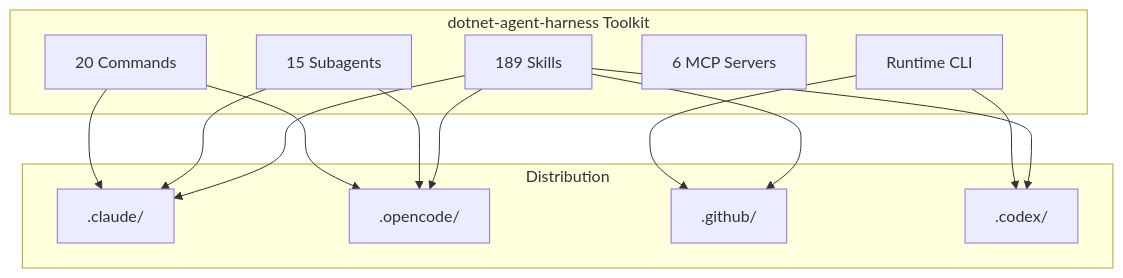
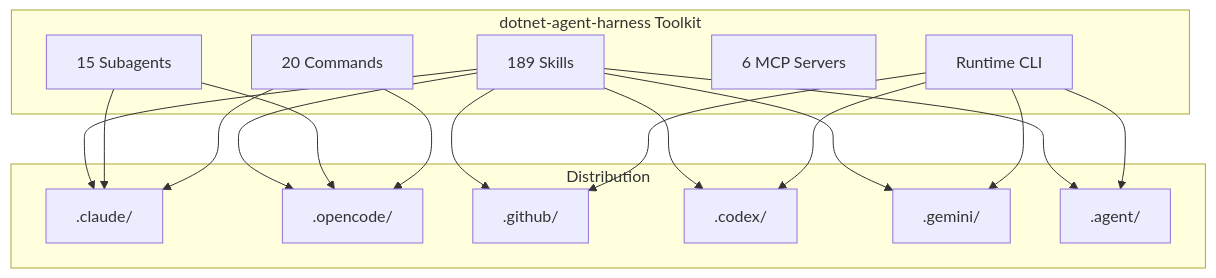
Before and after one commit to rudironsoni/dotnet-harness: the diagram in docs/index.md, drawn with Mermaid. The commit also changed other lines of this file and 34 other files, not shown here.

````diff
--- a/docs/index.md
+++ b/docs/index.md
@@ -99,28 +103,34 @@
 ```mermaid
 graph TB
     subgraph "dotnet-agent-harness Toolkit"
         SKILLS[189 Skills]
         SUBAGENTS[15 Subagents]
         COMMANDS[20 Commands]
         MCP[6 MCP Servers]
         RUNTIME[Runtime CLI]
     end
 
     subgraph "Distribution"
         CLAUDE[.claude/]
         OPENCODE[.opencode/]
         COPILOT[.github/]
         CODEX[.codex/]
+        GEMINI[.gemini/]
+        ANTIGRAVITY[.agent/]
     end
 
     SKILLS --> CLAUDE
     SKILLS --> OPENCODE
     SKILLS --> COPILOT
     SKILLS --> CODEX
+    SKILLS --> GEMINI
+    SKILLS --> ANTIGRAVITY
     SUBAGENTS --> CLAUDE
     SUBAGENTS --> OPENCODE
     COMMANDS --> CLAUDE
     COMMANDS --> OPENCODE
     RUNTIME --> CODEX
     RUNTIME --> COPILOT
+    RUNTIME --> GEMINI
+    RUNTIME --> ANTIGRAVITY
 ```
````
